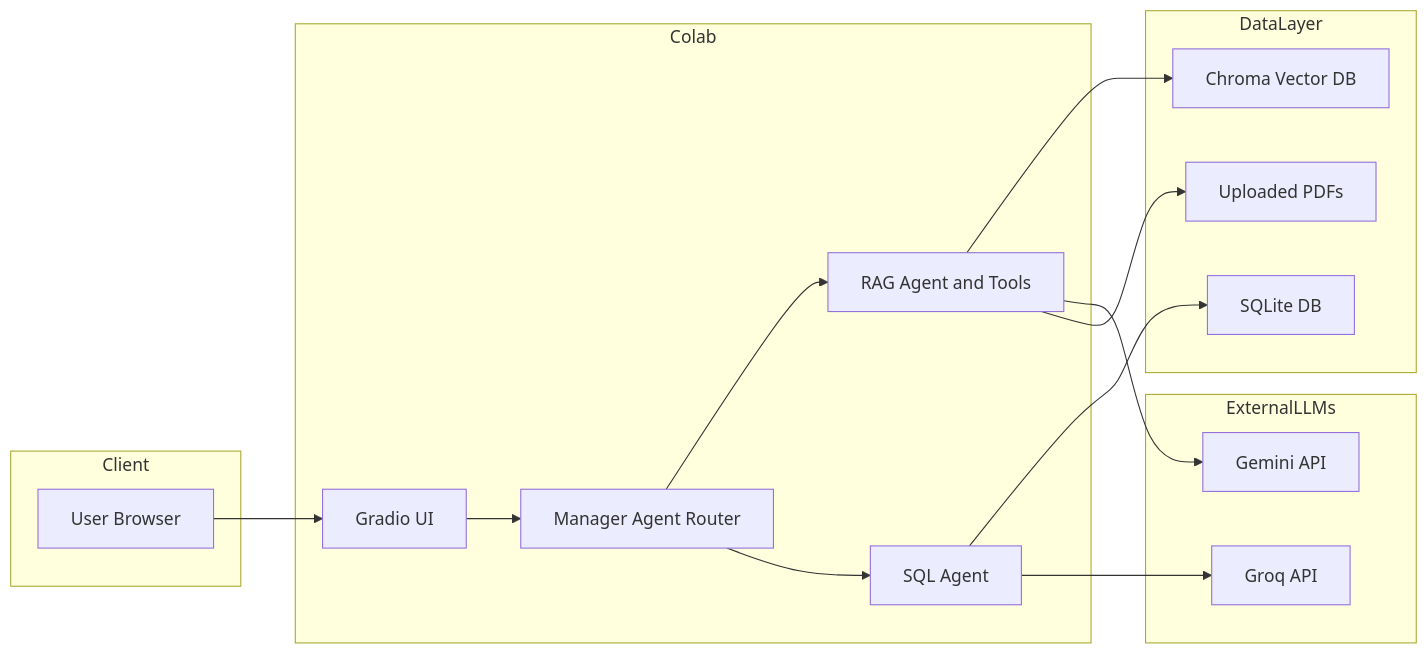
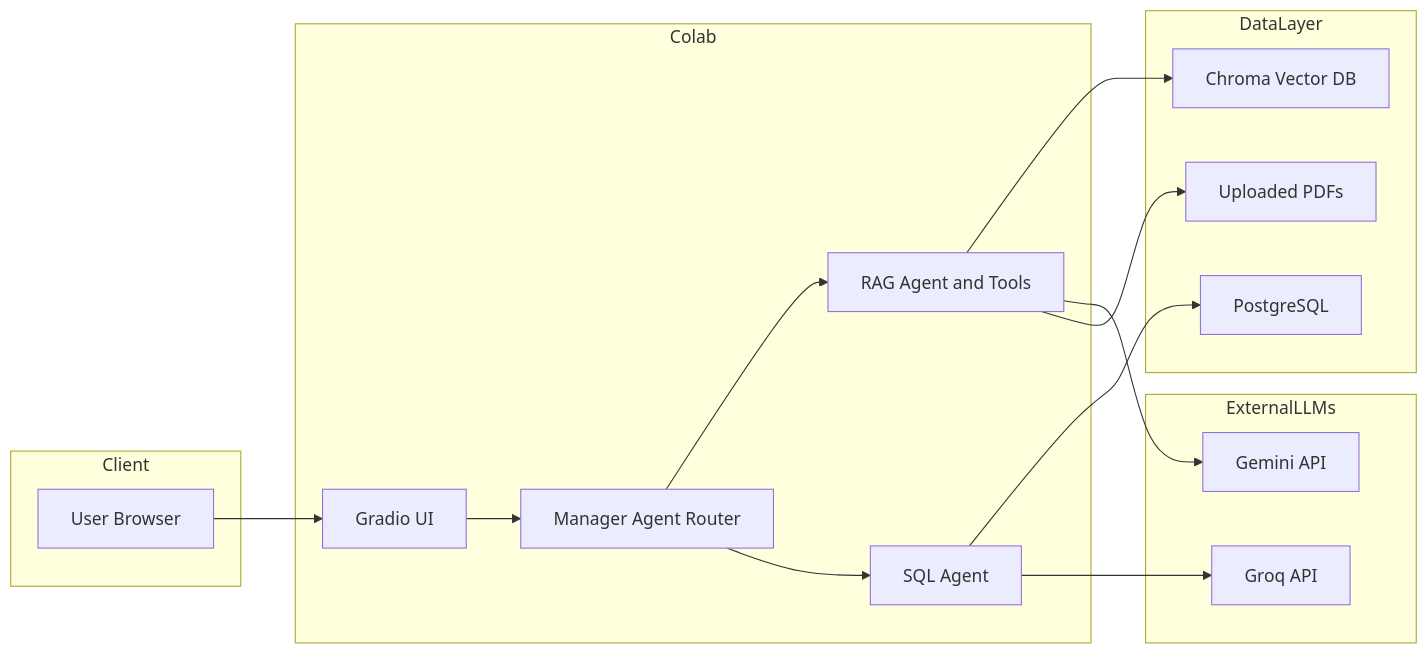
The first of 3 diagrams in README.md (vijayalakshmi7879/Enterprise_AI_Assistant), drawn with Mermaid before and after one commit.

Commit message:
modified the diagrams in readme

````diff
--- a/README.md
+++ b/README.md
@@ -39,37 +39,37 @@
 ```mermaid
 flowchart LR
     subgraph Client
         U[User Browser]
     end
 
     subgraph Colab
         G[Gradio UI]
         M[Manager Agent Router]
         R[RAG Agent and Tools]
         S[SQL Agent]
     end
 
     subgraph DataLayer
         V[Chroma Vector DB]
-        D[SQLite DB]
+        D[PostgreSQL]
         F[Uploaded PDFs]
     end
 
     subgraph ExternalLLMs
         GE[Gemini API]
         GR[Groq API]
     end
 
     U --> G
     G --> M
 
     M --> R
     M --> S
 
     R --> V
     R --> GE
     R --> F
 
     S --> D
     S --> GR
 ```
````
